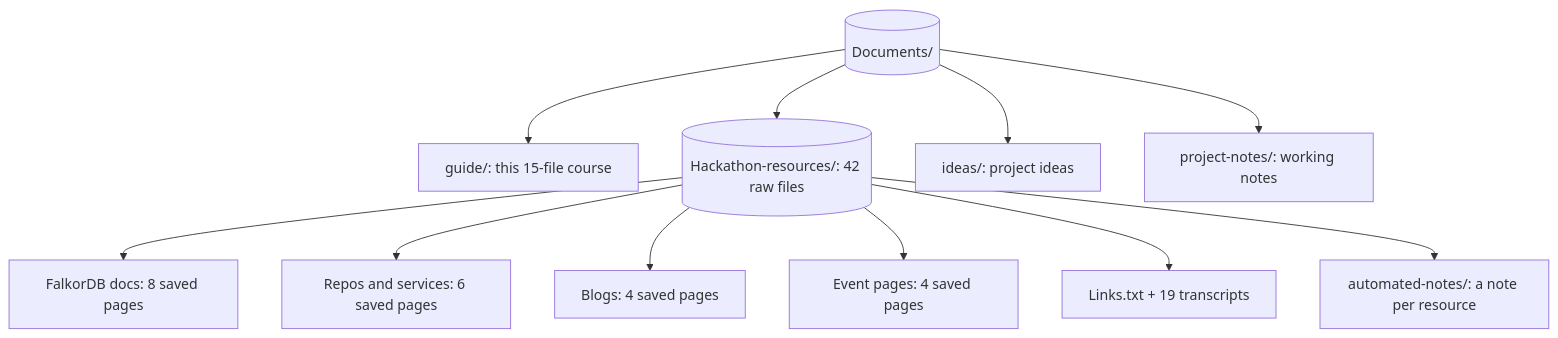
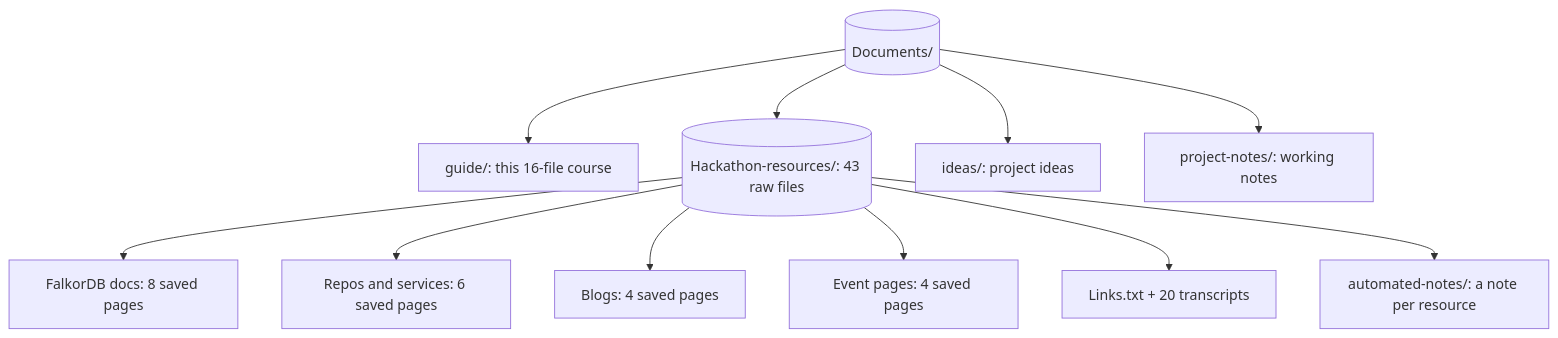
The diagram in Documents/guide/12-resources-map.md (kintsugi-programmer/cto-ai), drawn with Mermaid before and after one commit. The commit also changed other lines of this file and 9 other files, not shown here.

````diff
--- a/Documents/guide/12-resources-map.md
+++ b/Documents/guide/12-resources-map.md
@@ -14,13 +14,13 @@
 ```mermaid
 graph TD
-    R[("Documents/")] --> GR["guide/: this 15-file course"]
-    R --> HR[("Hackathon-resources/: 42 raw files")]
+    R[("Documents/")] --> GR["guide/: this 16-file course"]
+    R --> HR[("Hackathon-resources/: 43 raw files")]
     R --> ID["ideas/: project ideas"]
     R --> PN["project-notes/: working notes"]
     HR --> DOC["FalkorDB docs: 8 saved pages"]
     HR --> REP["Repos and services: 6 saved pages"]
     HR --> B["Blogs: 4 saved pages"]
     HR --> EV["Event pages: 4 saved pages"]
-    HR --> TX["Links.txt + 19 transcripts"]
+    HR --> TX["Links.txt + 20 transcripts"]
     HR --> AN["automated-notes/: a note per resource"]
 ```
````
